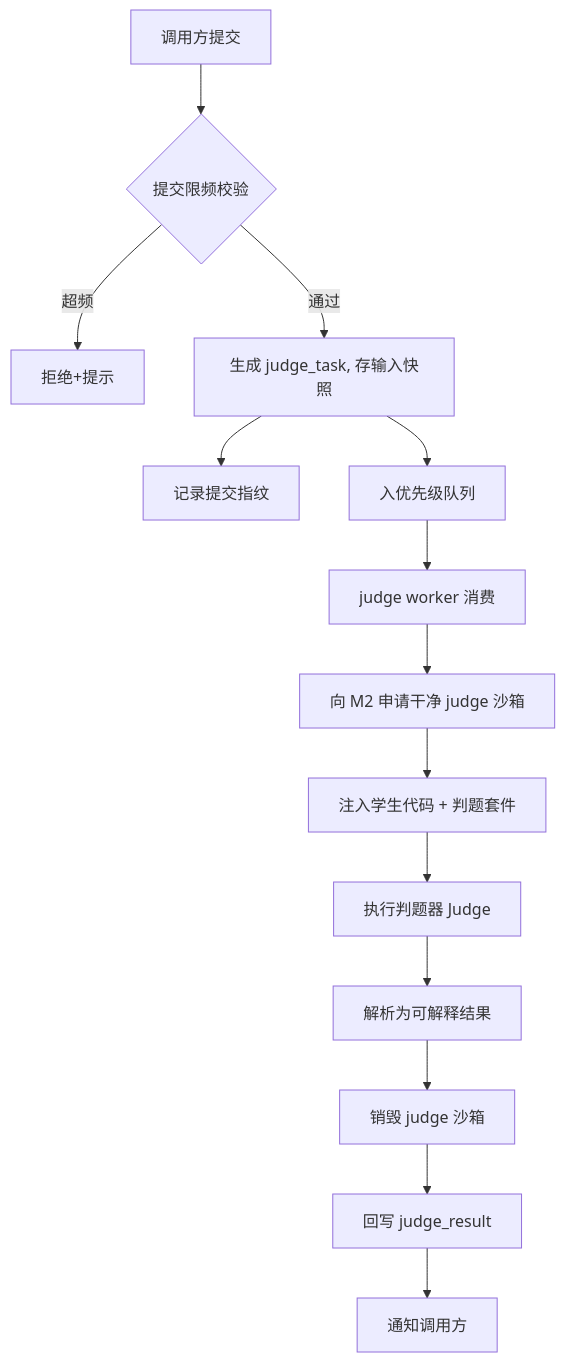
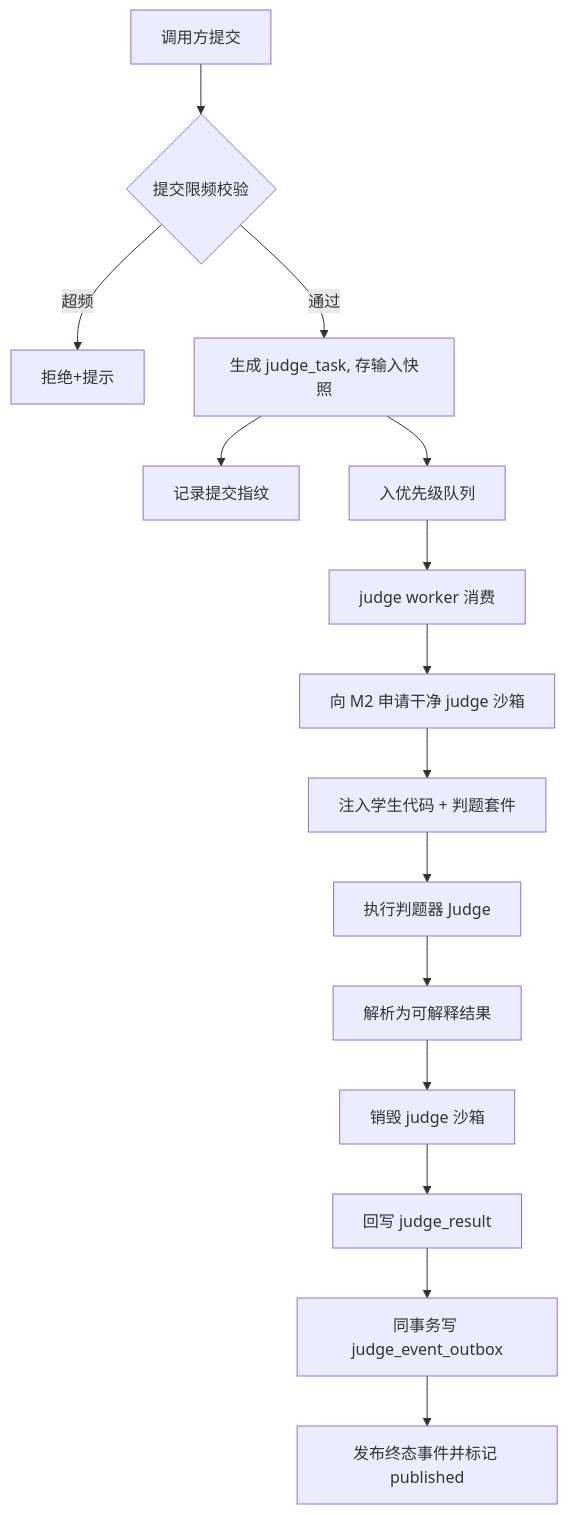
The first of 5 diagrams in docs/03-评测引擎/05-业务流程与状态机.md (menghuishisan/CHAIMIR), drawn with Mermaid before and after one commit. The commit also changed other lines of this file and 499 other files, not shown here.

````diff
--- a/docs/03-评测引擎/05-业务流程与状态机.md
+++ b/docs/03-评测引擎/05-业务流程与状态机.md
@@ -10,16 +10,17 @@
 ```mermaid
 flowchart TD
     A[调用方提交] --> B{提交限频校验}
     B -->|超频| Z[拒绝+提示]
     B -->|通过| C[生成 judge_task, 存输入快照]
     C --> D[记录提交指纹]
     C --> E[入优先级队列]
     E --> F[judge worker 消费]
     F --> G[向 M2 申请干净 judge 沙箱]
     G --> H[注入学生代码 + 判题套件]
     H --> I[执行判题器 Judge]
     I --> J[解析为可解释结果]
     J --> K[销毁 judge 沙箱]
     K --> L[回写 judge_result]
-    L --> M[通知调用方]
+    L --> M[同事务写 judge_event_outbox]
+    M --> N[发布终态事件并标记 published]
 ```
````
